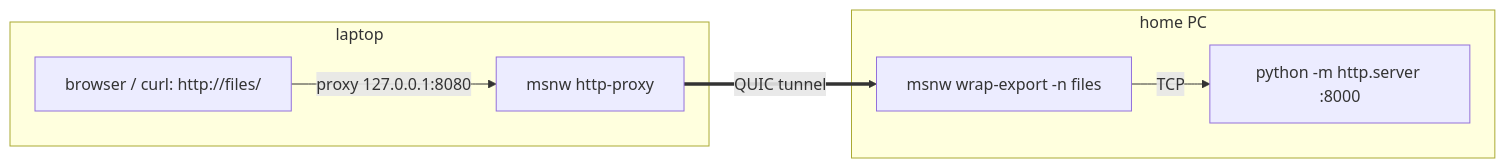
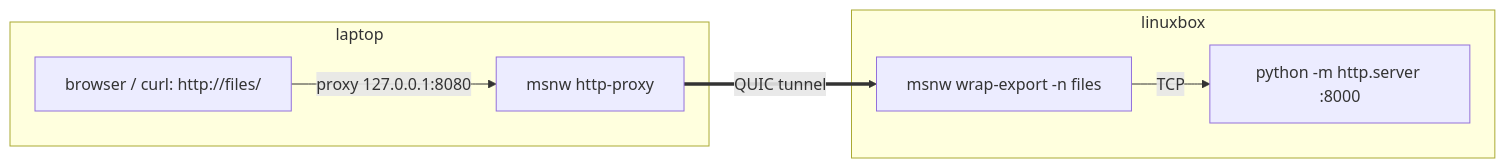
The fifth of 7 diagrams in README.md (ikeji/mysmallnetwork), drawn with Mermaid before and after one commit. The commit also changed other lines of this file and 6 other files, not shown here.

````diff
--- a/README.md
+++ b/README.md
@@ -176,10 +180,10 @@
 ```mermaid
 flowchart LR
     subgraph laptop
         b["browser / curl: http://files/"] -->|proxy 127.0.0.1:8080| hp["msnw http-proxy"]
     end
-    subgraph home["home PC"]
+    subgraph linuxbox
         we["msnw wrap-export -n files"] -->|TCP| py["python -m http.server :8000"]
     end
     hp ==>|QUIC tunnel| we
 ```
````
